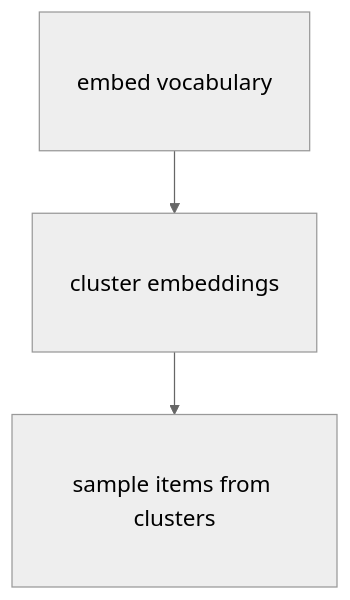
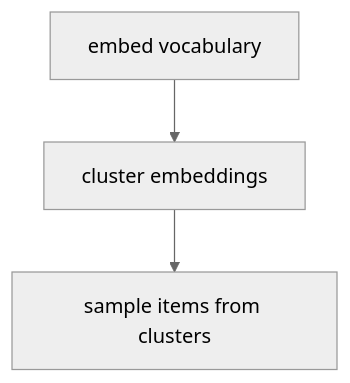
The diagram in README.md (nowemoore/learning_optimiser), drawn with Mermaid (neutral theme) before and after one commit.

````diff
--- a/README.md
+++ b/README.md
@@ -3,7 +3,7 @@
 ```mermaid
 flowchart TD;
   Embeddings[embed vocabulary]:::largeNode --> Cluster[cluster embeddings]:::largeNode;
   Cluster --> Sample[sample items from clusters]:::largeNode;
 
-  classDef largeNode padding:20px,font-size:18px
+  classDef largeNode maxwidth: 20px
 ```
````
